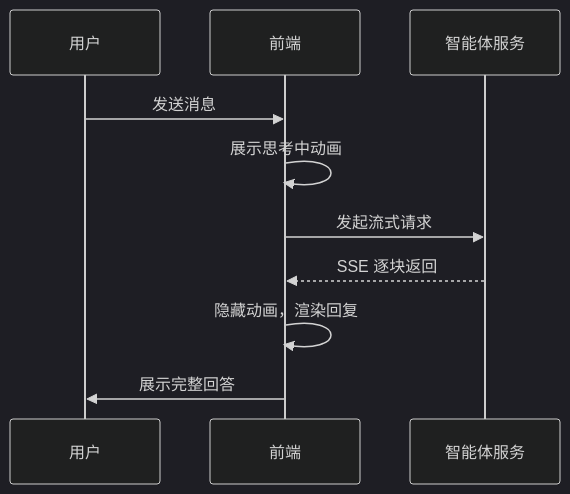
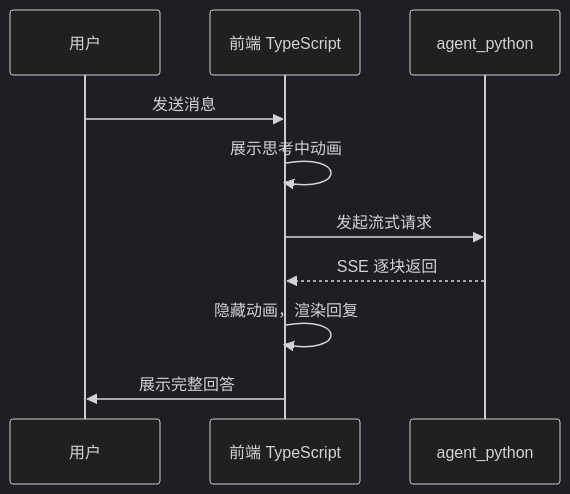
The second of 5 diagrams in reports/2026-06-02/index.md (swipth/work-report), drawn with Mermaid (dark theme) before and after one commit. The commit also changed other lines of this file and 29 other files, not shown here.

````diff
--- a/reports/2026-06-02/index.md
+++ b/reports/2026-06-02/index.md
@@ -38,13 +38,13 @@
 ```mermaid
 sequenceDiagram
     participant U as 用户
-    participant F as 前端
-    participant A as 智能体服务
+    participant F as 前端 TypeScript
+    participant A as agent_python
 
     U->>F: 发送消息
     F->>F: 展示思考中动画
     F->>A: 发起流式请求
     A-->>F: SSE 逐块返回
     F->>F: 隐藏动画，渲染回复
     F->>U: 展示完整回答
 ```
````
